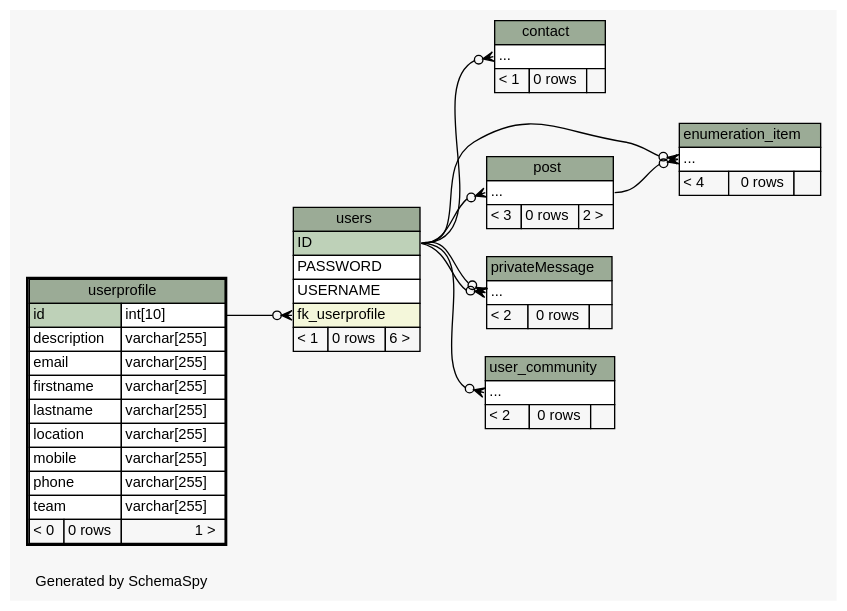
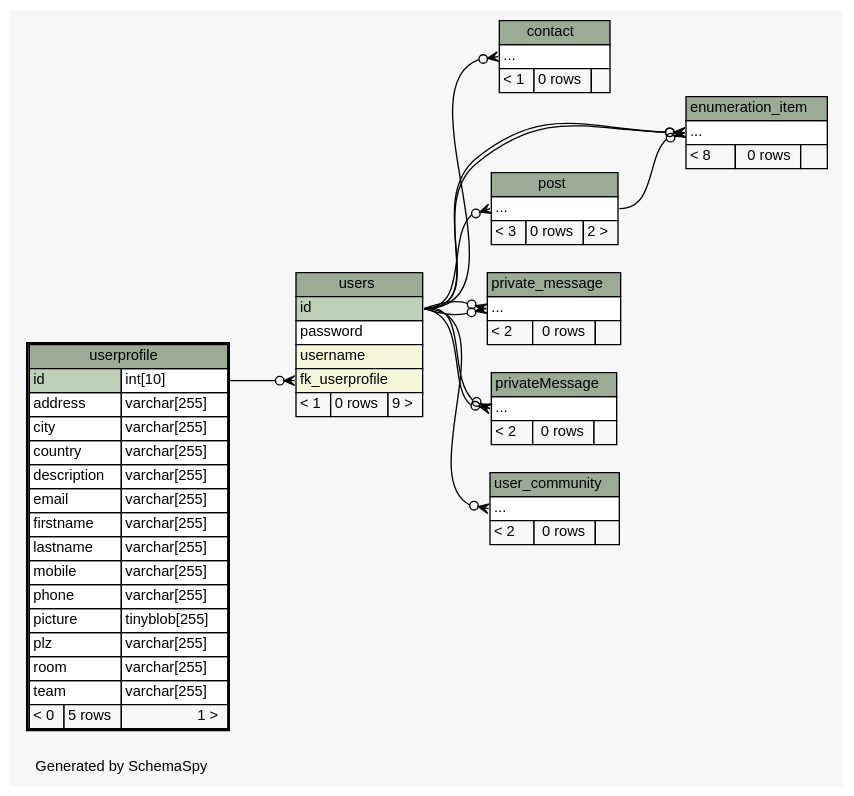
One commit to chr-krenn/chr-krenn-fhj-ws2017-sd17-pse changed the diagram in doc/db_schema/diagrams/userprofile.2degrees.dot. Above: the diagram before and after it, drawn with Graphviz. The commit also changed 68 other files, not shown here.

Commit message:
update database schema documentation

```diff
--- a/doc/db_schema/diagrams/userprofile.2degrees.dot
+++ b/doc/db_schema/diagrams/userprofile.2degrees.dot
@@ -1,111 +1,129 @@
 // dot 2.40.1 on Linux 4.12.5-300.fc26.x86_64
 // SchemaSpy rev 590
 digraph "twoDegreesRelationshipsDiagram" {
   graph [
     rankdir="RL"
     bgcolor="#f7f7f7"
     label="\nGenerated by SchemaSpy"
     labeljust="l"
     nodesep="0.18"
     ranksep="0.46"
     fontname="Helvetica"
     fontsize="11"
   ];
   node [
     fontname="Helvetica"
     fontsize="11"
     shape="plaintext"
   ];
   edge [
     arrowsize="0.8"
   ];
-  "contact":"elipses":w -> "users":"ID":e [arrowhead=none dir=back arrowtail=crowodot];
+  "contact":"elipses":w -> "users":"id":e [arrowhead=none dir=back arrowtail=crowodot];
+  "enumeration_item":"elipses":w -> "users":"id":e [arrowhead=none dir=back arrowtail=crowodot];
   "enumeration_item":"elipses":w -> "post":"elipses":e [arrowhead=none dir=back arrowtail=crowodot];
-  "enumeration_item":"elipses":w -> "users":"ID":e [arrowhead=none dir=back arrowtail=crowodot];
-  "post":"elipses":w -> "users":"ID":e [arrowhead=none dir=back arrowtail=crowodot];
-  "privateMessage":"elipses":w -> "users":"ID":e [arrowhead=none dir=back arrowtail=crowodot];
-  "privateMessage":"elipses":w -> "users":"ID":e [arrowhead=none dir=back arrowtail=crowodot];
-  "user_community":"elipses":w -> "users":"ID":e [arrowhead=none dir=back arrowtail=crowodot];
+  "enumeration_item":"elipses":w -> "users":"id":e [arrowhead=none dir=back arrowtail=crowodot];
+  "post":"elipses":w -> "users":"id":e [arrowhead=none dir=back arrowtail=crowodot];
+  "private_message":"elipses":w -> "users":"id":e [arrowhead=none dir=back arrowtail=crowodot];
+  "private_message":"elipses":w -> "users":"id":e [arrowhead=none dir=back arrowtail=crowodot];
+  "privateMessage":"elipses":w -> "users":"id":e [arrowhead=none dir=back arrowtail=crowodot];
+  "privateMessage":"elipses":w -> "users":"id":e [arrowhead=none dir=back arrowtail=crowodot];
+  "user_community":"elipses":w -> "users":"id":e [arrowhead=none dir=back arrowtail=crowodot];
   "users":"fk_userprofile":w -> "userprofile":"id.type":e [arrowhead=none dir=back arrowtail=crowodot];
   "contact" [
     label=<
     <TABLE BORDER="0" CELLBORDER="1" CELLSPACING="0" BGCOLOR="#ffffff">
       <TR><TD COLSPAN="3" BGCOLOR="#9bab96" ALIGN="CENTER">contact</TD></TR>
       <TR><TD PORT="elipses" COLSPAN="3" ALIGN="LEFT">...</TD></TR>
       <TR><TD ALIGN="LEFT" BGCOLOR="#f7f7f7">&lt; 1</TD><TD ALIGN="RIGHT" BGCOLOR="#f7f7f7">0 rows</TD><TD ALIGN="RIGHT" BGCOLOR="#f7f7f7">  </TD></TR>
     </TABLE>>
     URL="contact.html"
     tooltip="contact"
   ];
   "enumeration_item" [
     label=<
     <TABLE BORDER="0" CELLBORDER="1" CELLSPACING="0" BGCOLOR="#ffffff">
       <TR><TD COLSPAN="3" BGCOLOR="#9bab96" ALIGN="CENTER">enumeration_item</TD></TR>
       <TR><TD PORT="elipses" COLSPAN="3" ALIGN="LEFT">...</TD></TR>
-      <TR><TD ALIGN="LEFT" BGCOLOR="#f7f7f7">&lt; 4</TD><TD ALIGN="RIGHT" BGCOLOR="#f7f7f7">0 rows</TD><TD ALIGN="RIGHT" BGCOLOR="#f7f7f7">  </TD></TR>
+      <TR><TD ALIGN="LEFT" BGCOLOR="#f7f7f7">&lt; 8</TD><TD ALIGN="RIGHT" BGCOLOR="#f7f7f7">0 rows</TD><TD ALIGN="RIGHT" BGCOLOR="#f7f7f7">  </TD></TR>
     </TABLE>>
     URL="enumeration_item.html"
     tooltip="enumeration_item"
   ];
   "post" [
     label=<
     <TABLE BORDER="0" CELLBORDER="1" CELLSPACING="0" BGCOLOR="#ffffff">
       <TR><TD COLSPAN="3" BGCOLOR="#9bab96" ALIGN="CENTER">post</TD></TR>
       <TR><TD PORT="elipses" COLSPAN="3" ALIGN="LEFT">...</TD></TR>
       <TR><TD ALIGN="LEFT" BGCOLOR="#f7f7f7">&lt; 3</TD><TD ALIGN="RIGHT" BGCOLOR="#f7f7f7">0 rows</TD><TD ALIGN="RIGHT" BGCOLOR="#f7f7f7">2 &gt;</TD></TR>
     </TABLE>>
     URL="post.html"
     tooltip="post"
+  ];
+  "private_message" [
+    label=<
+    <TABLE BORDER="0" CELLBORDER="1" CELLSPACING="0" BGCOLOR="#ffffff">
+      <TR><TD COLSPAN="3" BGCOLOR="#9bab96" ALIGN="CENTER">private_message</TD></TR>
+      <TR><TD PORT="elipses" COLSPAN="3" ALIGN="LEFT">...</TD></TR>
+      <TR><TD ALIGN="LEFT" BGCOLOR="#f7f7f7">&lt; 2</TD><TD ALIGN="RIGHT" BGCOLOR="#f7f7f7">0 rows</TD><TD ALIGN="RIGHT" BGCOLOR="#f7f7f7">  </TD></TR>
+    </TABLE>>
+    URL="private_message.html"
+    tooltip="private_message"
   ];
   "privateMessage" [
     label=<
     <TABLE BORDER="0" CELLBORDER="1" CELLSPACING="0" BGCOLOR="#ffffff">
       <TR><TD COLSPAN="3" BGCOLOR="#9bab96" ALIGN="CENTER">privateMessage</TD></TR>
       <TR><TD PORT="elipses" COLSPAN="3" ALIGN="LEFT">...</TD></TR>
       <TR><TD ALIGN="LEFT" BGCOLOR="#f7f7f7">&lt; 2</TD><TD ALIGN="RIGHT" BGCOLOR="#f7f7f7">0 rows</TD><TD ALIGN="RIGHT" BGCOLOR="#f7f7f7">  </TD></TR>
     </TABLE>>
     URL="privateMessage.html"
     tooltip="privateMessage"
   ];
   "user_community" [
     label=<
     <TABLE BORDER="0" CELLBORDER="1" CELLSPACING="0" BGCOLOR="#ffffff">
       <TR><TD COLSPAN="3" BGCOLOR="#9bab96" ALIGN="CENTER">user_community</TD></TR>
       <TR><TD PORT="elipses" COLSPAN="3" ALIGN="LEFT">...</TD></TR>
       <TR><TD ALIGN="LEFT" BGCOLOR="#f7f7f7">&lt; 2</TD><TD ALIGN="RIGHT" BGCOLOR="#f7f7f7">0 rows</TD><TD ALIGN="RIGHT" BGCOLOR="#f7f7f7">  </TD></TR>
     </TABLE>>
     URL="user_community.html"
     tooltip="user_community"
   ];
   "userprofile" [
     label=<
     <TABLE BORDER="2" CELLBORDER="1" CELLSPACING="0" BGCOLOR="#ffffff">
       <TR><TD COLSPAN="3" BGCOLOR="#9bab96" ALIGN="CENTER">userprofile</TD></TR>
       <TR><TD PORT="id" COLSPAN="2" BGCOLOR="#bed1b8" ALIGN="LEFT">id</TD><TD PORT="id.type" ALIGN="LEFT">int[10]</TD></TR>
+      <TR><TD PORT="address" COLSPAN="2" ALIGN="LEFT">address</TD><TD PORT="address.type" ALIGN="LEFT">varchar[255]</TD></TR>
+      <TR><TD PORT="city" COLSPAN="2" ALIGN="LEFT">city</TD><TD PORT="city.type" ALIGN="LEFT">varchar[255]</TD></TR>
+      <TR><TD PORT="country" COLSPAN="2" ALIGN="LEFT">country</TD><TD PORT="country.type" ALIGN="LEFT">varchar[255]</TD></TR>
       <TR><TD PORT="description" COLSPAN="2" ALIGN="LEFT">description</TD><TD PORT="description.type" ALIGN="LEFT">varchar[255]</TD></TR>
       <TR><TD PORT="email" COLSPAN="2" ALIGN="LEFT">email</TD><TD PORT="email.type" ALIGN="LEFT">varchar[255]</TD></TR>
       <TR><TD PORT="firstname" COLSPAN="2" ALIGN="LEFT">firstname</TD><TD PORT="firstname.type" ALIGN="LEFT">varchar[255]</TD></TR>
       <TR><TD PORT="lastname" COLSPAN="2" ALIGN="LEFT">lastname</TD><TD PORT="lastname.type" ALIGN="LEFT">varchar[255]</TD></TR>
-      <TR><TD PORT="location" COLSPAN="2" ALIGN="LEFT">location</TD><TD PORT="location.type" ALIGN="LEFT">varchar[255]</TD></TR>
       <TR><TD PORT="mobile" COLSPAN="2" ALIGN="LEFT">mobile</TD><TD PORT="mobile.type" ALIGN="LEFT">varchar[255]</TD></TR>
       <TR><TD PORT="phone" COLSPAN="2" ALIGN="LEFT">phone</TD><TD PORT="phone.type" ALIGN="LEFT">varchar[255]</TD></TR>
+      <TR><TD PORT="picture" COLSPAN="2" ALIGN="LEFT">picture</TD><TD PORT="picture.type" ALIGN="LEFT">tinyblob[255]</TD></TR>
+      <TR><TD PORT="plz" COLSPAN="2" ALIGN="LEFT">plz</TD><TD PORT="plz.type" ALIGN="LEFT">varchar[255]</TD></TR>
+      <TR><TD PORT="room" COLSPAN="2" ALIGN="LEFT">room</TD><TD PORT="room.type" ALIGN="LEFT">varchar[255]</TD></TR>
       <TR><TD PORT="team" COLSPAN="2" ALIGN="LEFT">team</TD><TD PORT="team.type" ALIGN="LEFT">varchar[255]</TD></TR>
-      <TR><TD ALIGN="LEFT" BGCOLOR="#f7f7f7">&lt; 0</TD><TD ALIGN="RIGHT" BGCOLOR="#f7f7f7">0 rows</TD><TD ALIGN="RIGHT" BGCOLOR="#f7f7f7">1 &gt;</TD></TR>
+      <TR><TD ALIGN="LEFT" BGCOLOR="#f7f7f7">&lt; 0</TD><TD ALIGN="RIGHT" BGCOLOR="#f7f7f7">5 rows</TD><TD ALIGN="RIGHT" BGCOLOR="#f7f7f7">1 &gt;</TD></TR>
     </TABLE>>
     URL="userprofile.html"
     tooltip="userprofile"
   ];
   "users" [
     label=<
     <TABLE BORDER="0" CELLBORDER="1" CELLSPACING="0" BGCOLOR="#ffffff">
       <TR><TD COLSPAN="3" BGCOLOR="#9bab96" ALIGN="CENTER">users</TD></TR>
-      <TR><TD PORT="ID" COLSPAN="3" BGCOLOR="#bed1b8" ALIGN="LEFT">ID</TD></TR>
-      <TR><TD PORT="PASSWORD" COLSPAN="3" ALIGN="LEFT">PASSWORD</TD></TR>
-      <TR><TD PORT="USERNAME" COLSPAN="3" ALIGN="LEFT">USERNAME</TD></TR>
+      <TR><TD PORT="id" COLSPAN="3" BGCOLOR="#bed1b8" ALIGN="LEFT">id</TD></TR>
+      <TR><TD PORT="password" COLSPAN="3" ALIGN="LEFT">password</TD></TR>
+      <TR><TD PORT="username" COLSPAN="3" BGCOLOR="#f4f7da" ALIGN="LEFT">username</TD></TR>
       <TR><TD PORT="fk_userprofile" COLSPAN="3" BGCOLOR="#f4f7da" ALIGN="LEFT">fk_userprofile</TD></TR>
-      <TR><TD ALIGN="LEFT" BGCOLOR="#f7f7f7">&lt; 1</TD><TD ALIGN="RIGHT" BGCOLOR="#f7f7f7">0 rows</TD><TD ALIGN="RIGHT" BGCOLOR="#f7f7f7">6 &gt;</TD></TR>
+      <TR><TD ALIGN="LEFT" BGCOLOR="#f7f7f7">&lt; 1</TD><TD ALIGN="RIGHT" BGCOLOR="#f7f7f7">0 rows</TD><TD ALIGN="RIGHT" BGCOLOR="#f7f7f7">9 &gt;</TD></TR>
     </TABLE>>
     URL="users.html"
     tooltip="users"
   ];
 }
```
